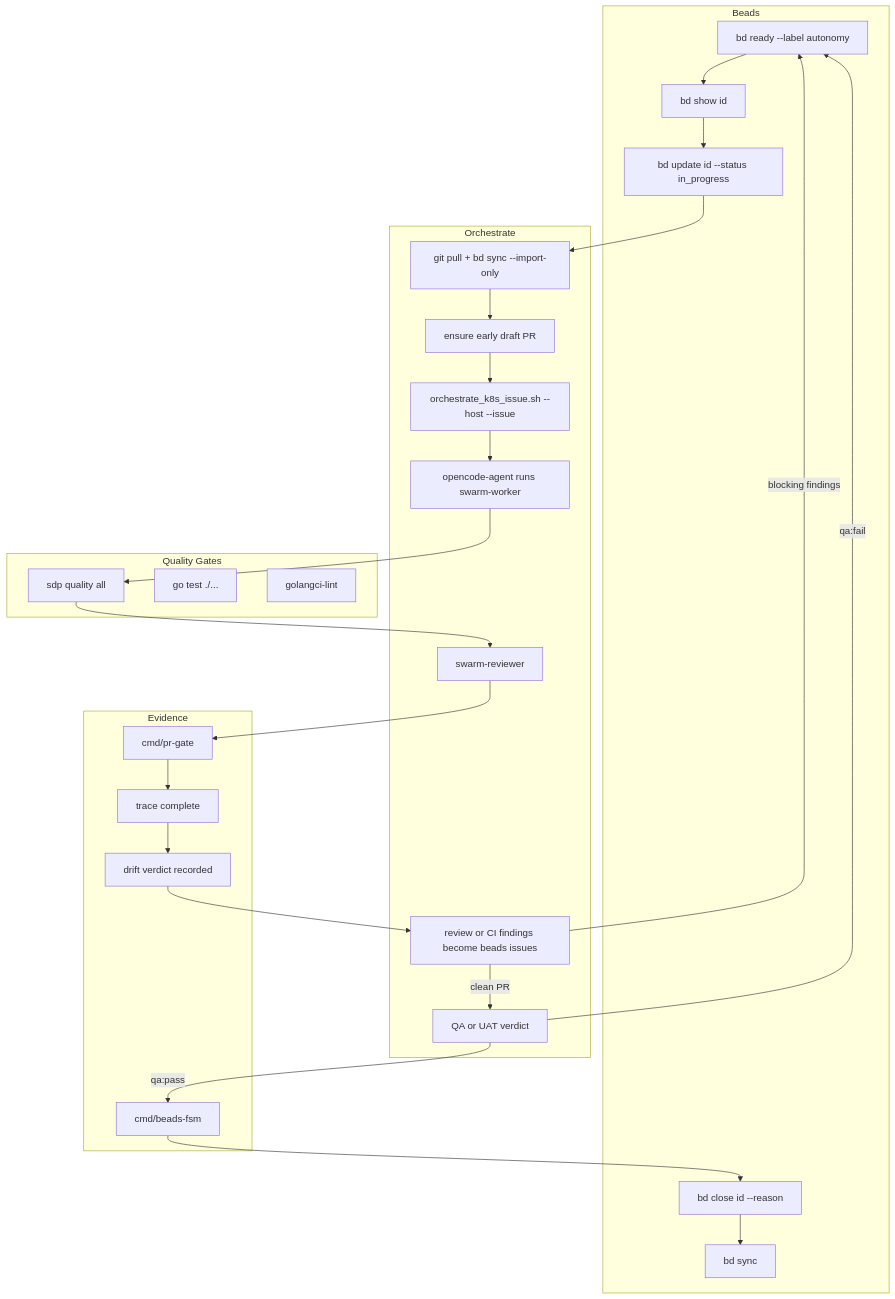
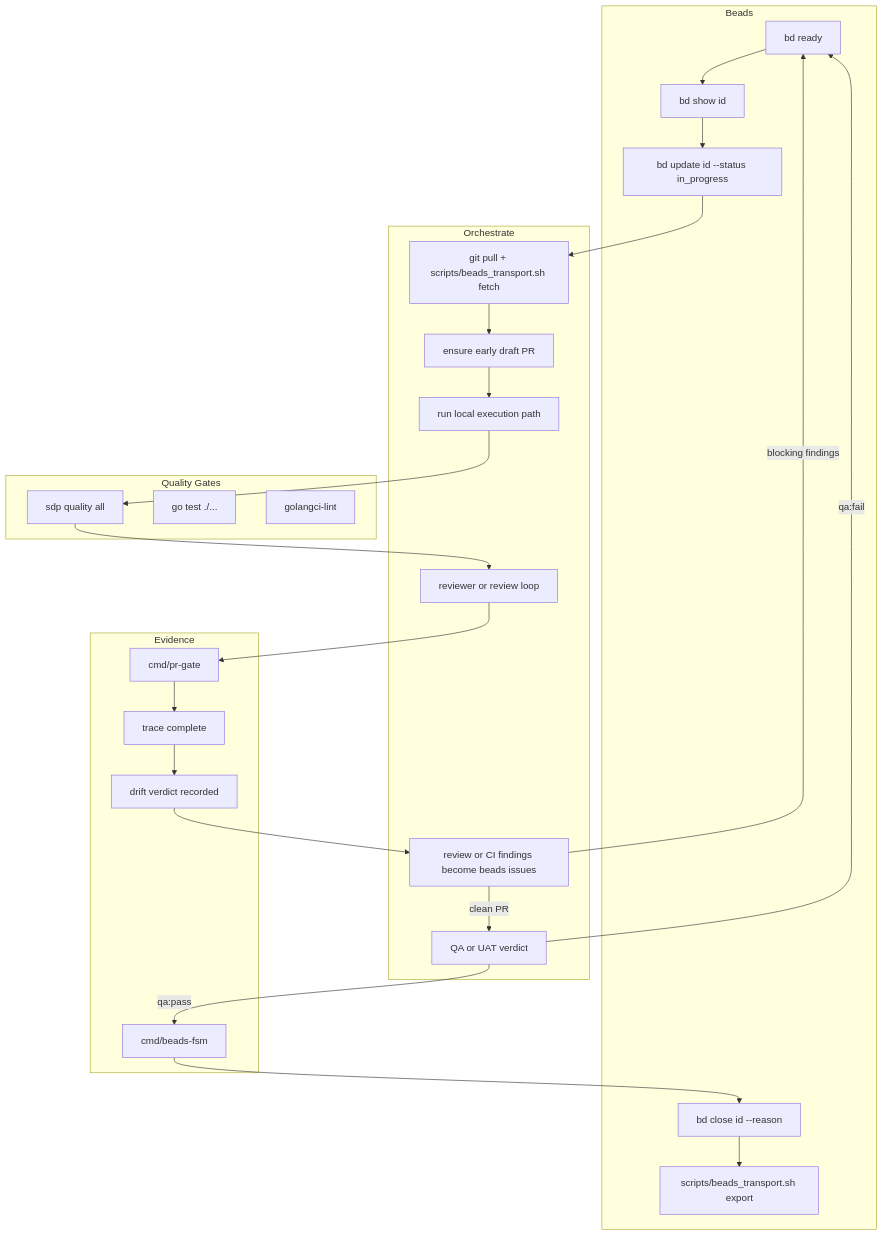
The diagram in docs/SDP_OPERATOR_WORKFLOW.md (fall-out-bug/sdp_lab), drawn with Mermaid before and after one commit. The commit also changed other lines of this file and 7 other files, not shown here.

````diff
--- a/docs/SDP_OPERATOR_WORKFLOW.md
+++ b/docs/SDP_OPERATOR_WORKFLOW.md
@@ -17,42 +18,41 @@
 ```mermaid
 flowchart TD
     subgraph beads [Beads]
-        Ready[bd ready --label autonomy]
+        Ready[bd ready]
         Show[bd show id]
         Claim[bd update id --status in_progress]
         Close[bd close id --reason]
-        Sync[bd sync]
+        Export[scripts/beads_transport.sh export]
     end
 
     subgraph orchestrate [Orchestrate]
-        Preflight[git pull + bd sync --import-only]
+        Preflight[git pull + scripts/beads_transport.sh fetch]
         DraftPR[ensure early draft PR]
-        Dispatch[orchestrate_k8s_issue.sh --host --issue]
-        Worker[opencode-agent runs swarm-worker]
-        Reviewer[swarm-reviewer]
+        Execute[run local execution path]
+        Reviewer[reviewer or review loop]
         Findings[review or CI findings become beads issues]
         QA[QA or UAT verdict]
     end
 
     subgraph quality [Quality Gates]
         SDP[sdp quality all]
         Tests[go test ./...]
         Lint[golangci-lint]
     end
 
     subgraph evidence [Evidence]
         FSM[cmd/beads-fsm]
         PRGate[cmd/pr-gate]
         Trace[trace complete]
         Drift[drift verdict recorded]
     end
 
     Ready --> Show --> Claim
-    Claim --> Preflight --> DraftPR --> Dispatch
-    Dispatch --> Worker --> SDP --> Reviewer
+    Claim --> Preflight --> DraftPR --> Execute
+    Execute --> SDP --> Reviewer
     Reviewer --> PRGate --> Trace --> Drift --> Findings
     Findings -->|blocking findings| Ready
     Findings -->|clean PR| QA
     QA -->|qa:fail| Ready
-    QA -->|qa:pass| FSM --> Close --> Sync
+    QA -->|qa:pass| FSM --> Close --> Export
 ```
````
